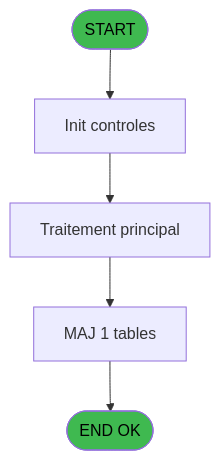
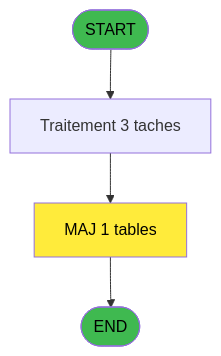
One commit to thonyAGP/magic-migration changed the first of 3 diagrams in .openspec/specs/ADH-IDE-35.md. Above: the diagram before and after it, drawn with Mermaid. The commit also changed other lines of this file and 311 other files, not shown here.

````diff
--- a/.openspec/specs/ADH-IDE-35.md
+++ b/.openspec/specs/ADH-IDE-35.md
@@ -84,14 +85,11 @@
 ```mermaid
 flowchart TD
     START([START])
-    INIT[Init controles]
-    SAISIE[Traitement principal]
-    UPDATE[MAJ 1 tables]
-    ENDOK([END OK])
-
-    START --> INIT --> SAISIE
-    SAISIE --> UPDATE --> ENDOK
-
+    PROCESS[Traitement 3 taches]
+    WRITE[MAJ 1 tables]
+    START --> PROCESS --> WRITE --> ENDOK
+    ENDOK([END])
     style START fill:#3fb950,color:#000
     style ENDOK fill:#3fb950,color:#000
+    style WRITE fill:#ffeb3b,color:#000
 ```
````
